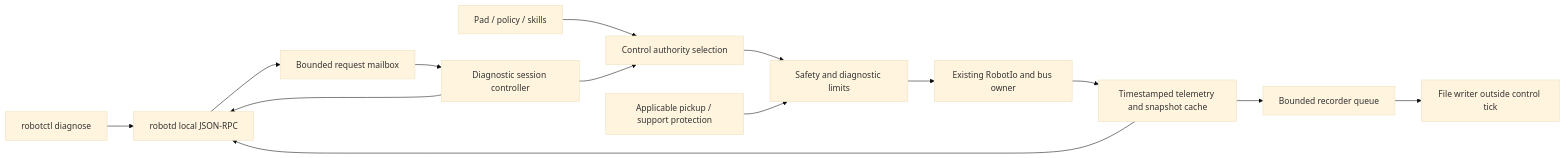
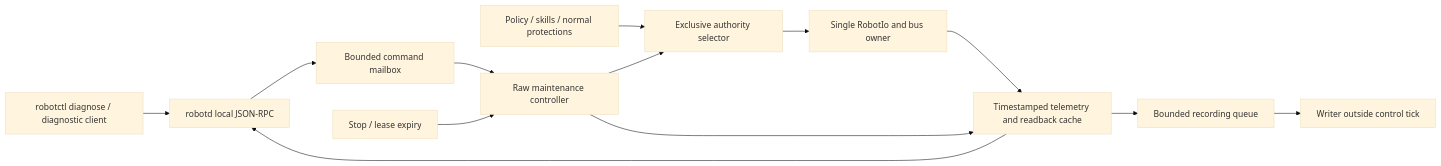
The diagram in docs/design/diagnostics-design.md (Extreammouse/microduck), drawn with Mermaid (base theme) before and after one commit. The commit also changed other lines of this file and 2 other files, not shown here.

Commit message:
docs: define explicit raw maintenance without behavioural protections

````diff
--- a/docs/design/diagnostics-design.md
+++ b/docs/design/diagnostics-design.md
@@ -55,16 +50,15 @@
 ```mermaid
 flowchart LR
-    CLI[robotctl diagnose] --> RPC[robotd local JSON-RPC]
-    RPC --> Q[Bounded request mailbox]
-    Q --> D[Diagnostic session controller]
-    Pad[Pad / policy / skills] --> A[Control authority selection]
+    CLI[robotctl diagnose / diagnostic client] --> RPC[robotd local JSON-RPC]
+    RPC --> Q[Bounded command mailbox]
+    Q --> D[Raw maintenance controller]
+    Normal[Policy / skills / normal protections] --> A[Exclusive authority selector]
     D --> A
-    A --> S[Safety and diagnostic limits]
-    P[Applicable pickup / support protection] --> S
-    S --> IO[Existing RobotIo and bus owner]
-    IO --> T[Timestamped telemetry and snapshot cache]
-    T --> R[Bounded recorder queue]
-    R --> W[File writer outside control tick]
+    A --> IO[Single RobotIo and bus owner]
+    Stop[Stop / lease expiry] --> D
+    IO --> T[Timestamped telemetry and readback cache]
+    D --> T
+    T --> R[Bounded recording queue]
+    R --> W[Writer outside control tick]
     T --> RPC
-    D --> RPC
 ```
````
